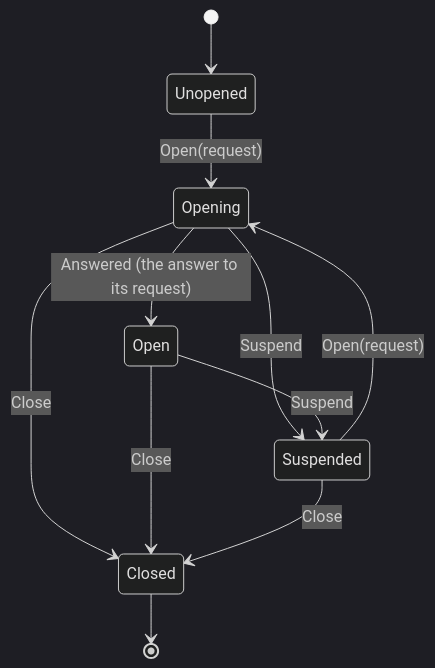
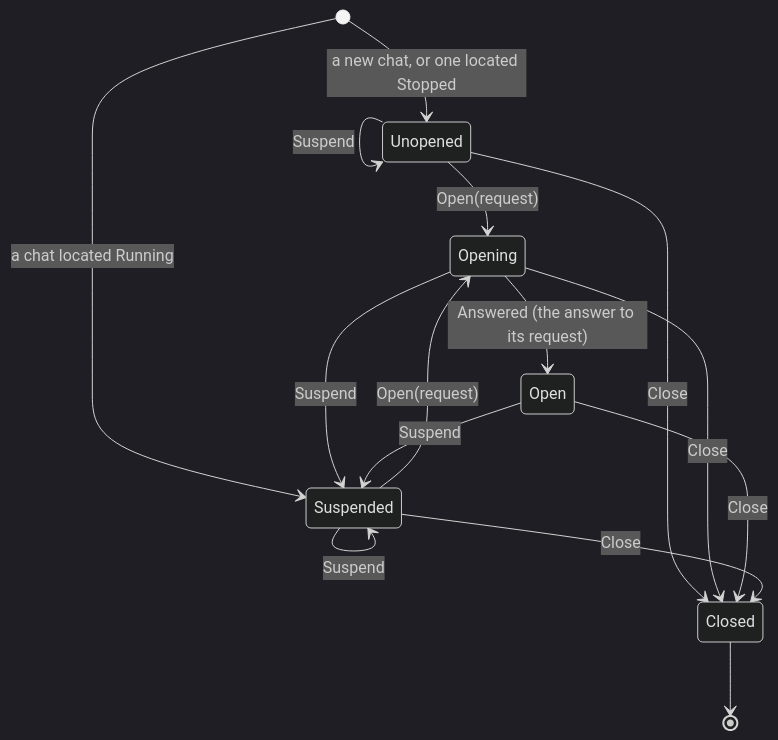
Diagram 12 of 15 in docs/ARCHITECTURE.md (zerlok/hermod), drawn with Mermaid (dark theme) before and after one commit. The commit also changed other lines of this file and 6 other files, not shown here.

````diff
--- a/docs/ARCHITECTURE.md
+++ b/docs/ARCHITECTURE.md
@@ -841,13 +871,17 @@
 ```mermaid
 stateDiagram-v2
-    [*] --> Unopened
+    [*] --> Unopened: a new chat, or one located Stopped
+    [*] --> Suspended: a chat located Running
     Unopened --> Opening: Open(request)
+    Unopened --> Unopened: Suspend
     Opening --> Open: Answered (the answer to its request)
     Opening --> Suspended: Suspend
     Open --> Suspended: Suspend
+    Suspended --> Suspended: Suspend
     Suspended --> Opening: Open(request)
+    Unopened --> Closed: Close
     Opening --> Closed: Close
     Open --> Closed: Close
     Suspended --> Closed: Close
     Closed --> [*]
 ```
````
